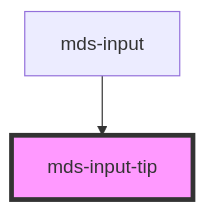
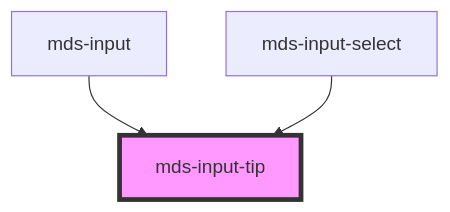
One commit to magma-design-system/magma changed the diagram in projects/stencil/src/components/mds-input-tip/readme.md. Above: the diagram before and after it, drawn with Mermaid. The commit also changed other lines of this file and 7 other files, not shown here.

Commit message:
build(mds-input-tip): add package for publication

````diff
--- a/projects/stencil/src/components/mds-input-tip/readme.md
+++ b/projects/stencil/src/components/mds-input-tip/readme.md
@@ -23,5 +24,6 @@
 ```mermaid
 graph TD;
   mds-input --> mds-input-tip
+  mds-input-select --> mds-input-tip
   style mds-input-tip fill:#f9f,stroke:#333,stroke-width:4px
 ```
````
